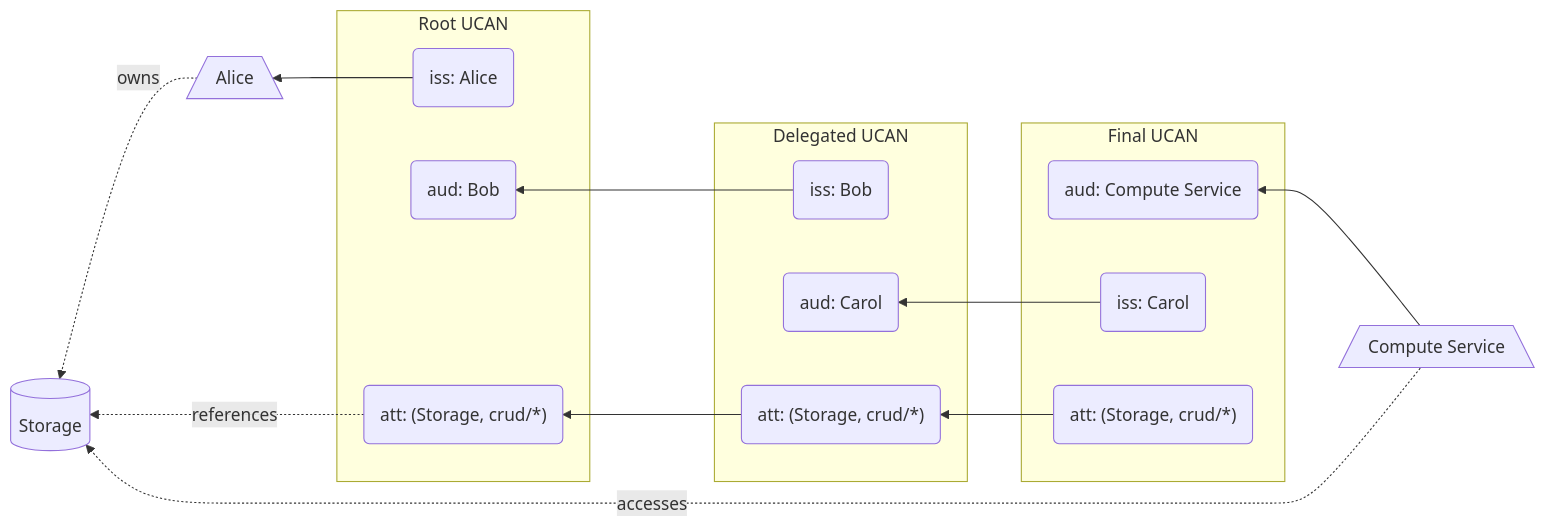
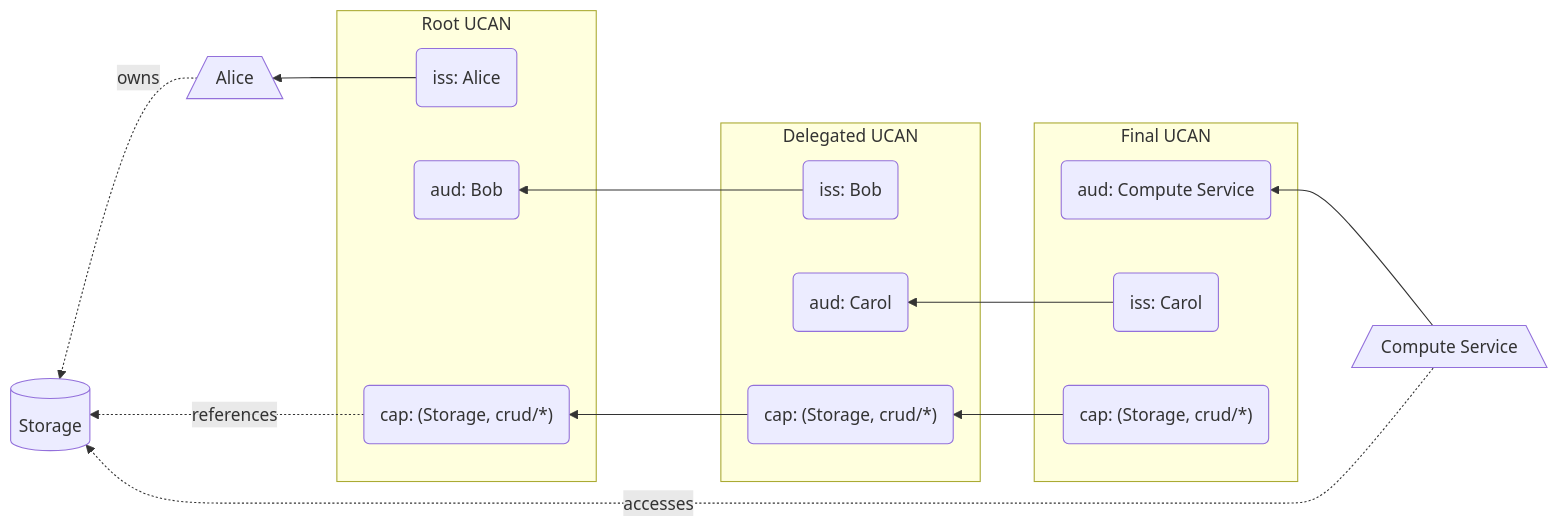
The second of 2 diagrams in README.md (ucan-wg/spec), drawn with Mermaid before and after one commit. The commit also changed other lines of this file, not shown here.

````diff
--- a/README.md
+++ b/README.md
@@ -572,27 +574,27 @@
 ``` mermaid
 flowchart RL
   owner[/Alice\] -. owns .-> resource[(Storage)]
   executor[/"Compute Service"\] --> del2Aud
   rootIss --> owner
 
   executor -. accesses .-> resource
-  rootAtt -. references .-> resource
+  rootCap -. references .-> resource
 
   subgraph root [Root UCAN]
     rootIss(iss: Alice)
     rootAud(aud: Bob)
-    rootAtt("att: (Storage, crud/*)")
+    rootCap("cap: (Storage, crud/*)")
   end
 
   subgraph del1 [Delegated UCAN]
     del1Iss(iss: Bob) --> rootAud
     del1Aud(aud: Carol)
-    del1Att("att: (Storage, crud/*)") --> rootAtt
+    del1Cap("cap: (Storage, crud/*)") --> rootCap
   end
 
   subgraph del2 [Final UCAN]
     del2Iss(iss: Carol) --> del1Aud
     del2Aud(aud: Compute Service)
-    del2Att("att: (Storage, crud/*)") --> del1Att
+    del2Cap("cap: (Storage, crud/*)") --> del1Cap
   end
 ```
````
